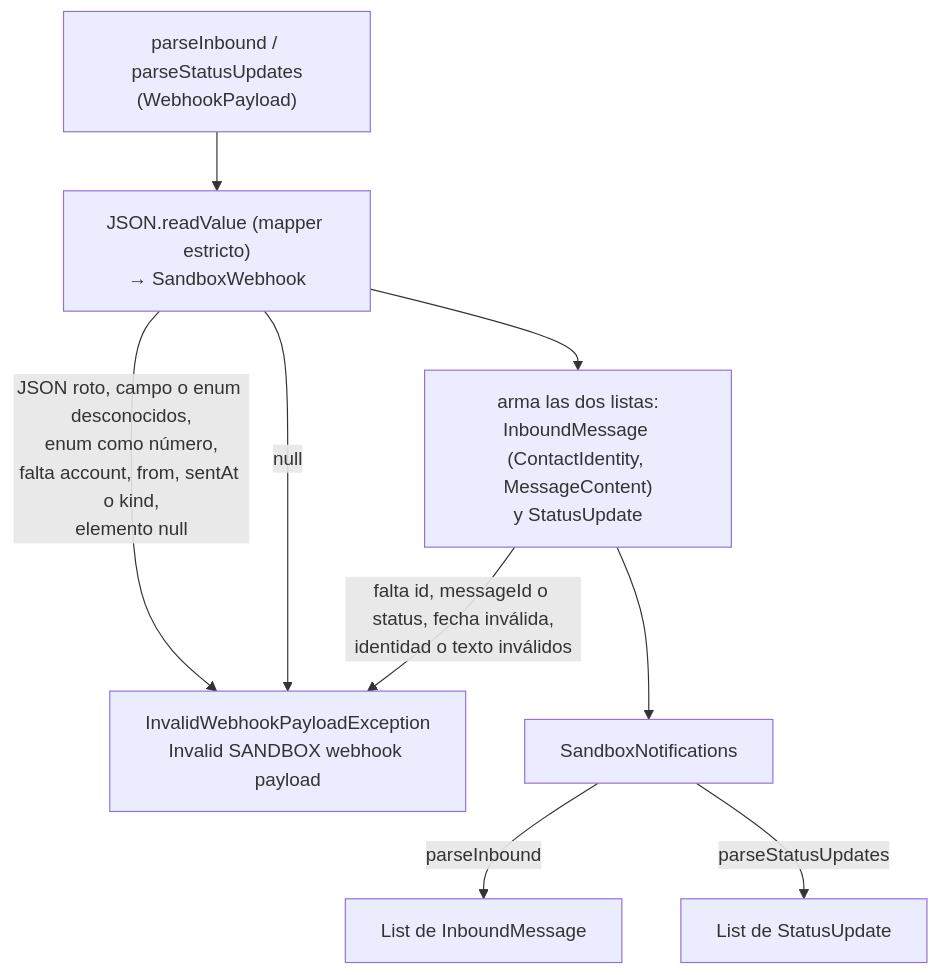
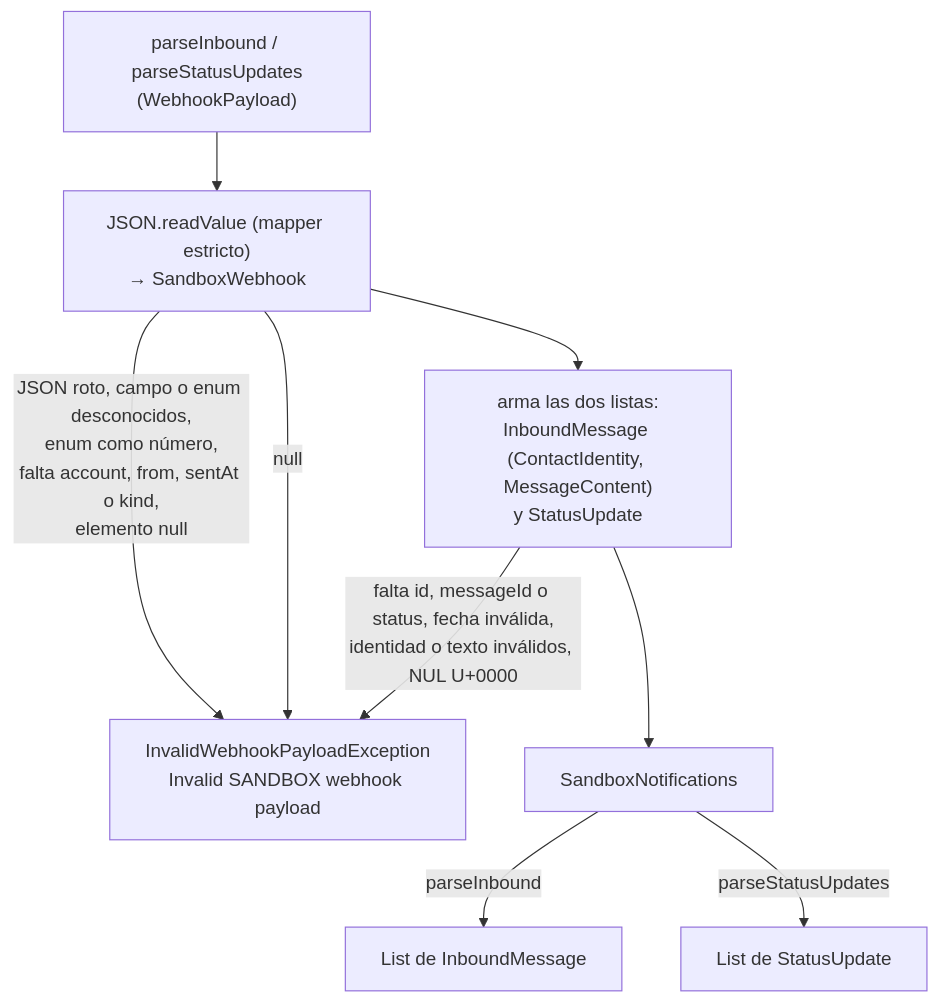
The fourth of 6 diagrams in docs/canales.md (zapmaxvevo/communicator-one), drawn with Mermaid before and after one commit. The commit also changed other lines of this file and 5 other files, not shown here.

````diff
--- a/docs/canales.md
+++ b/docs/canales.md
@@ -432,11 +445,11 @@
 ```mermaid
 flowchart TD
     P["parseInbound / parseStatusUpdates<br/>(WebhookPayload)"] --> R["JSON.readValue (mapper estricto)<br/>→ SandboxWebhook"]
     R -->|JSON roto, campo o enum desconocidos,<br/>enum como número,<br/>falta account, from, sentAt o kind,<br/>elemento null| X[InvalidWebhookPayloadException<br/>Invalid SANDBOX webhook payload]
     R -->|null| X
     R --> B["arma las dos listas:<br/>InboundMessage (ContactIdentity, MessageContent)<br/>y StatusUpdate"]
-    B -->|falta id, messageId o status, fecha inválida,<br/>identidad o texto inválidos| X
+    B -->|falta id, messageId o status, fecha inválida,<br/>identidad o texto inválidos, NUL U+0000| X
     B --> S[SandboxNotifications]
     S -->|parseInbound| I[List de InboundMessage]
     S -->|parseStatusUpdates| U[List de StatusUpdate]
 ```
````
